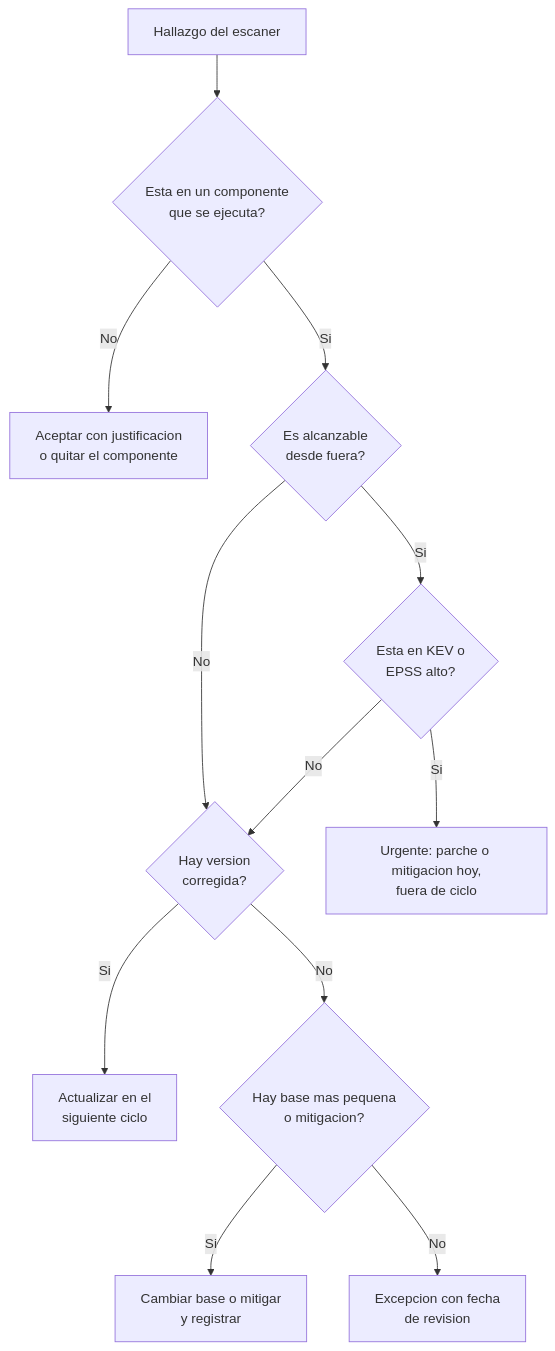
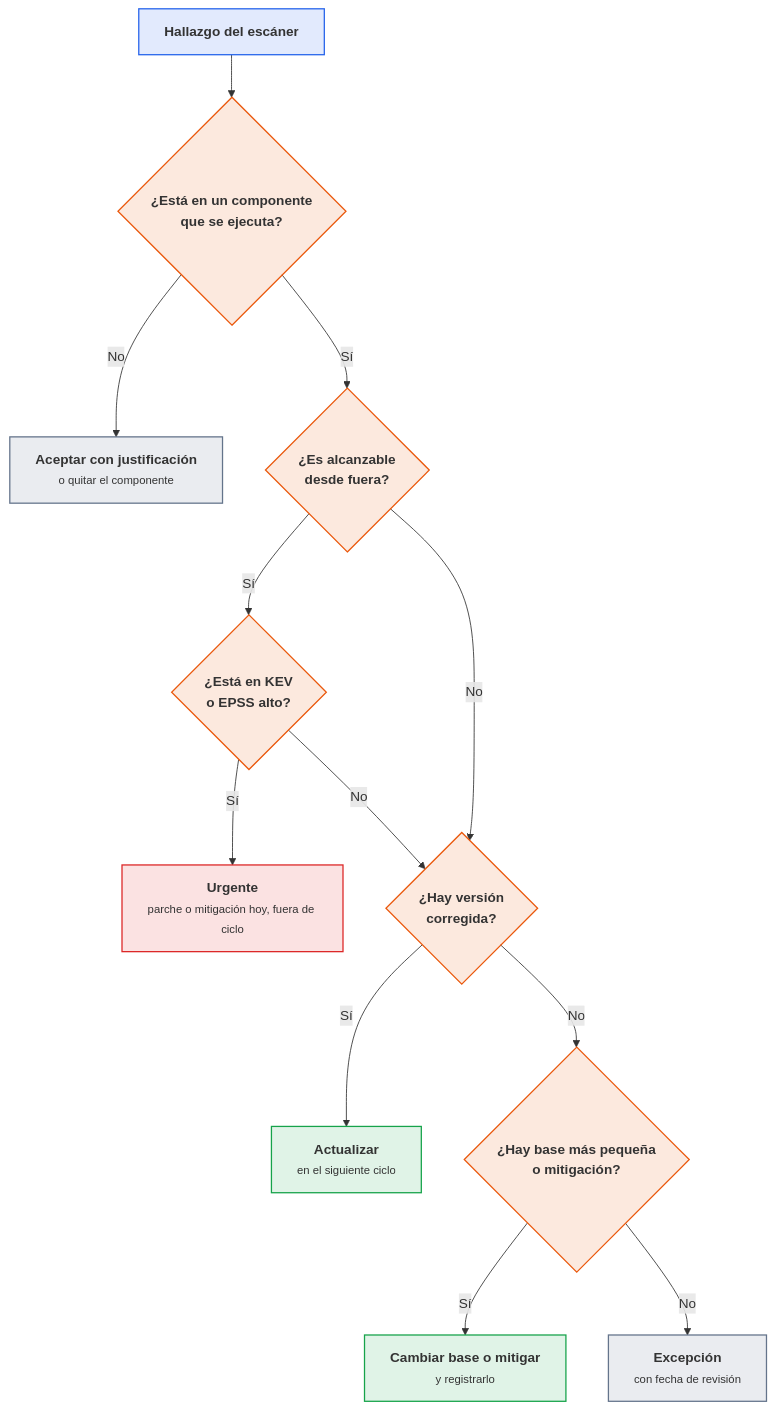
The second of 4 diagrams in docs/ut/ut7-actualizacion-vulnerabilidades.md (victor-educ/apuntes-5169), drawn with Mermaid before and after one commit. The commit also changed other lines of this file and 13 other files, not shown here.

First line of the commit message:
Temporalización definitiva, gramática visual y diagramas en todas las unidades

````diff
--- a/docs/ut/ut7-actualizacion-vulnerabilidades.md
+++ b/docs/ut/ut7-actualizacion-vulnerabilidades.md
@@ -543,14 +566,31 @@
 ```mermaid
 flowchart TD
-    H[Hallazgo del escaner] --> Q1{Esta en un componente<br>que se ejecuta?}
-    Q1 -- No --> ACC[Aceptar con justificacion<br>o quitar el componente]
-    Q1 -- Si --> Q2{Es alcanzable<br>desde fuera?}
+    H["<b>Hallazgo del escáner</b>"]:::dato
+    Q1{"<b>¿Está en un componente<br>que se ejecuta?</b>"}:::act
+    ACC["<b>Aceptar con justificación</b><br><small>o quitar el componente</small>"]:::pieza
+    Q2{"<b>¿Es alcanzable<br>desde fuera?</b>"}:::act
+    Q3{"<b>¿Está en KEV<br>o EPSS alto?</b>"}:::act
+    URG["<b>Urgente</b><br><small>parche o mitigación hoy, fuera de ciclo</small>"]:::riesgo
+    Q4{"<b>¿Hay versión<br>corregida?</b>"}:::act
+    UPD["<b>Actualizar</b><br><small>en el siguiente ciclo</small>"]:::ok
+    Q5{"<b>¿Hay base más pequeña<br>o mitigación?</b>"}:::act
+    MIT["<b>Cambiar base o mitigar</b><br><small>y registrarlo</small>"]:::ok
+    EXC["<b>Excepción</b><br><small>con fecha de revisión</small>"]:::pieza
+    H --> Q1
+    Q1 -- No --> ACC
+    Q1 -- Sí --> Q2
     Q2 -- No --> Q4
-    Q2 -- Si --> Q3{Esta en KEV o<br>EPSS alto?}
-    Q3 -- Si --> URG[Urgente: parche o mitigacion hoy,<br>fuera de ciclo]
-    Q3 -- No --> Q4{Hay version<br>corregida?}
-    Q4 -- Si --> UPD[Actualizar en el<br>siguiente ciclo]
-    Q4 -- No --> Q5{Hay base mas pequena<br>o mitigacion?}
-    Q5 -- Si --> MIT[Cambiar base o mitigar<br>y registrar]
-    Q5 -- No --> EXC[Excepcion con fecha<br>de revision]
+    Q2 -- Sí --> Q3
+    Q3 -- Sí --> URG
+    Q3 -- No --> Q4
+    Q4 -- Sí --> UPD
+    Q4 -- No --> Q5
+    Q5 -- Sí --> MIT
+    Q5 -- No --> EXC
+    classDef act fill:#ea580c22,stroke:#ea580c,stroke-width:1.5px
+    classDef pieza fill:#64748b22,stroke:#64748b,stroke-width:1.5px
+    classDef dato fill:#2563eb22,stroke:#2563eb,stroke-width:1.5px
+    classDef infra fill:#a1a1aa14,stroke:#a1a1aa,stroke-width:1.5px
+    classDef ok fill:#16a34a22,stroke:#16a34a,stroke-width:1.5px
+    classDef riesgo fill:#dc262622,stroke:#dc2626,stroke-width:1.5px
 ```
````
